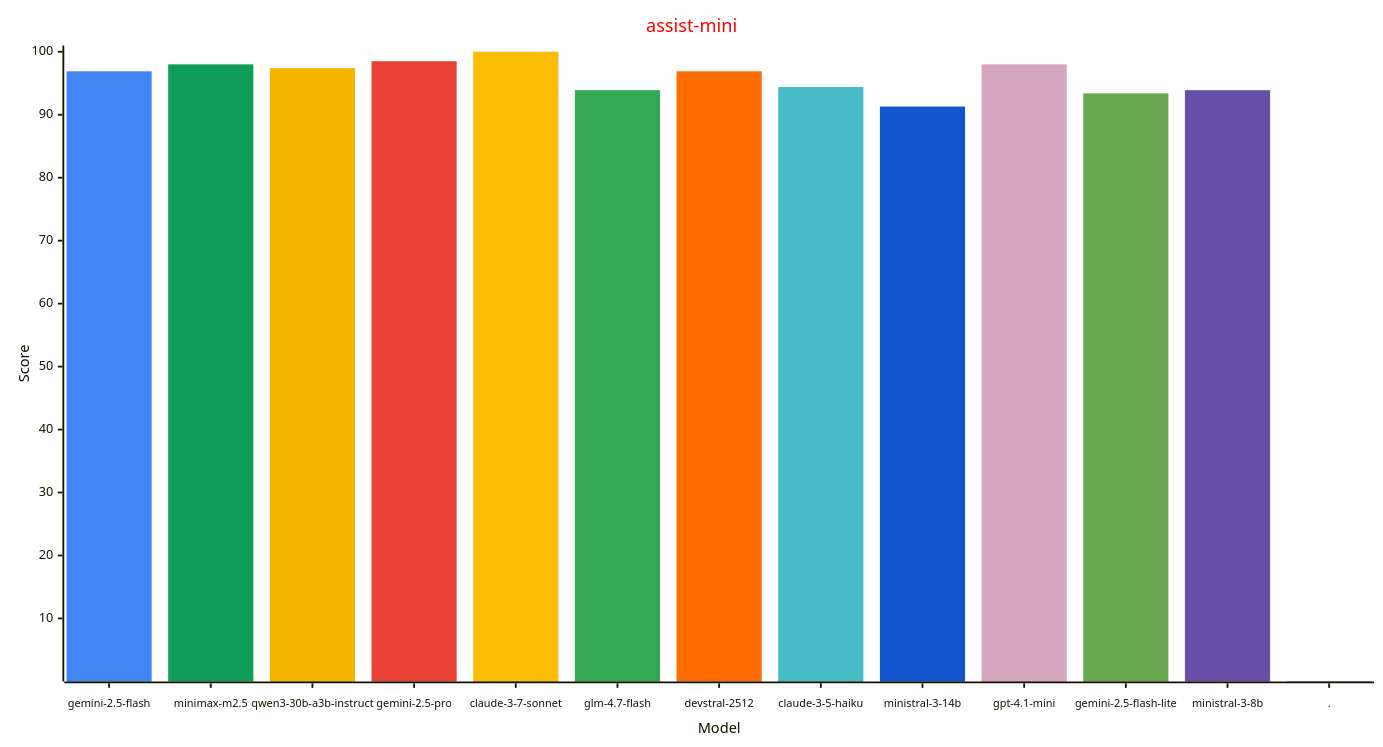
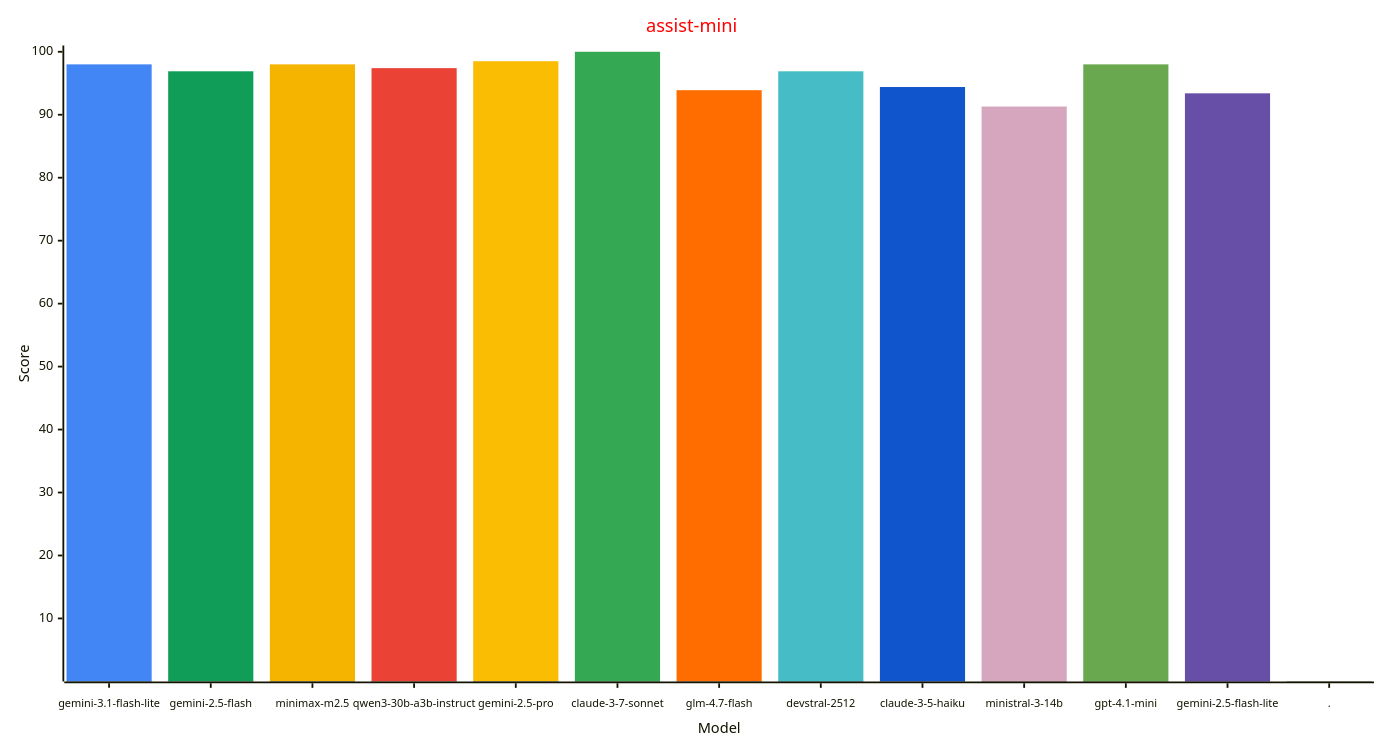
Before and after one commit to allenporter/home-assistant-datasets: the second of 4 diagrams in reports/README.md, drawn with Mermaid. The commit also changed other lines of this file and 1088 other files, not shown here.

Commit message:
Add Gemini 3.1 Flash Lite evaluation results

````diff
--- a/reports/README.md
+++ b/reports/README.md
@@ -116,33 +117,33 @@
 ```mermaid
 ---
 config:
     xyChart:
         width: 1500
         height: 800
         xAxis:
           labelFontSize: 12
           labelPadding: 8
     themeVariables:
         xyChart:
             titleColor: "#ff0000"
             plotColorPalette: "#4285f4, #0f9d58, #f4b400, #ea4335, #fbbc04, #34a853, #ff6d01, #46bdc6, #1155cc, #d5a6bd, #6aa84f, #674ea7, #4285f4"
 
 ---
 xychart-beta
   title "assist-mini"
-  x-axis "Model" [gemini-2.5-flash, minimax-m2.5, qwen3-30b-a3b-instruct, gemini-2.5-pro, claude-3-7-sonnet, glm-4.7-flash, devstral-2512, claude-3-5-haiku, ministral-3-14b, gpt-4.1-mini, gemini-2.5-flash-lite, ministral-3-8b, .]
+  x-axis "Model" [gemini-3.1-flash-lite, gemini-2.5-flash, minimax-m2.5, qwen3-30b-a3b-instruct, gemini-2.5-pro, claude-3-7-sonnet, glm-4.7-flash, devstral-2512, claude-3-5-haiku, ministral-3-14b, gpt-4.1-mini, gemini-2.5-flash-lite, .]
   y-axis "Score" 1 --> 100
-  bar [96.9, 0.0, 0.0, 0.0, 0.0, 0.0, 0.0, 0.0, 0.0, 0.0, 0.0, 0.0, 0.0]
-  bar [0.0, 98.0, 0.0, 0.0, 0.0, 0.0, 0.0, 0.0, 0.0, 0.0, 0.0, 0.0, 0.0]
-  bar [0.0, 0.0, 97.4, 0.0, 0.0, 0.0, 0.0, 0.0, 0.0, 0.0, 0.0, 0.0, 0.0]
-  bar [0.0, 0.0, 0.0, 98.5, 0.0, 0.0, 0.0, 0.0, 0.0, 0.0, 0.0, 0.0, 0.0]
-  bar [0.0, 0.0, 0.0, 0.0, 100.0, 0.0, 0.0, 0.0, 0.0, 0.0, 0.0, 0.0, 0.0]
-  bar [0.0, 0.0, 0.0, 0.0, 0.0, 93.9, 0.0, 0.0, 0.0, 0.0, 0.0, 0.0, 0.0]
-  bar [0.0, 0.0, 0.0, 0.0, 0.0, 0.0, 96.9, 0.0, 0.0, 0.0, 0.0, 0.0, 0.0]
-  bar [0.0, 0.0, 0.0, 0.0, 0.0, 0.0, 0.0, 94.4, 0.0, 0.0, 0.0, 0.0, 0.0]
-  bar [0.0, 0.0, 0.0, 0.0, 0.0, 0.0, 0.0, 0.0, 91.3, 0.0, 0.0, 0.0, 0.0]
-  bar [0.0, 0.0, 0.0, 0.0, 0.0, 0.0, 0.0, 0.0, 0.0, 98.0, 0.0, 0.0, 0.0]
-  bar [0.0, 0.0, 0.0, 0.0, 0.0, 0.0, 0.0, 0.0, 0.0, 0.0, 93.4, 0.0, 0.0]
-  bar [0.0, 0.0, 0.0, 0.0, 0.0, 0.0, 0.0, 0.0, 0.0, 0.0, 0.0, 93.9, 0.0]
+  bar [98.0, 0.0, 0.0, 0.0, 0.0, 0.0, 0.0, 0.0, 0.0, 0.0, 0.0, 0.0, 0.0]
+  bar [0.0, 96.9, 0.0, 0.0, 0.0, 0.0, 0.0, 0.0, 0.0, 0.0, 0.0, 0.0, 0.0]
+  bar [0.0, 0.0, 98.0, 0.0, 0.0, 0.0, 0.0, 0.0, 0.0, 0.0, 0.0, 0.0, 0.0]
+  bar [0.0, 0.0, 0.0, 97.4, 0.0, 0.0, 0.0, 0.0, 0.0, 0.0, 0.0, 0.0, 0.0]
+  bar [0.0, 0.0, 0.0, 0.0, 98.5, 0.0, 0.0, 0.0, 0.0, 0.0, 0.0, 0.0, 0.0]
+  bar [0.0, 0.0, 0.0, 0.0, 0.0, 100.0, 0.0, 0.0, 0.0, 0.0, 0.0, 0.0, 0.0]
+  bar [0.0, 0.0, 0.0, 0.0, 0.0, 0.0, 93.9, 0.0, 0.0, 0.0, 0.0, 0.0, 0.0]
+  bar [0.0, 0.0, 0.0, 0.0, 0.0, 0.0, 0.0, 96.9, 0.0, 0.0, 0.0, 0.0, 0.0]
+  bar [0.0, 0.0, 0.0, 0.0, 0.0, 0.0, 0.0, 0.0, 94.4, 0.0, 0.0, 0.0, 0.0]
+  bar [0.0, 0.0, 0.0, 0.0, 0.0, 0.0, 0.0, 0.0, 0.0, 91.3, 0.0, 0.0, 0.0]
+  bar [0.0, 0.0, 0.0, 0.0, 0.0, 0.0, 0.0, 0.0, 0.0, 0.0, 98.0, 0.0, 0.0]
+  bar [0.0, 0.0, 0.0, 0.0, 0.0, 0.0, 0.0, 0.0, 0.0, 0.0, 0.0, 93.4, 0.0]
   bar [0.0, 0.0, 0.0, 0.0, 0.0, 0.0, 0.0, 0.0, 0.0, 0.0, 0.0, 0.0, -1.0]
 ```
````
